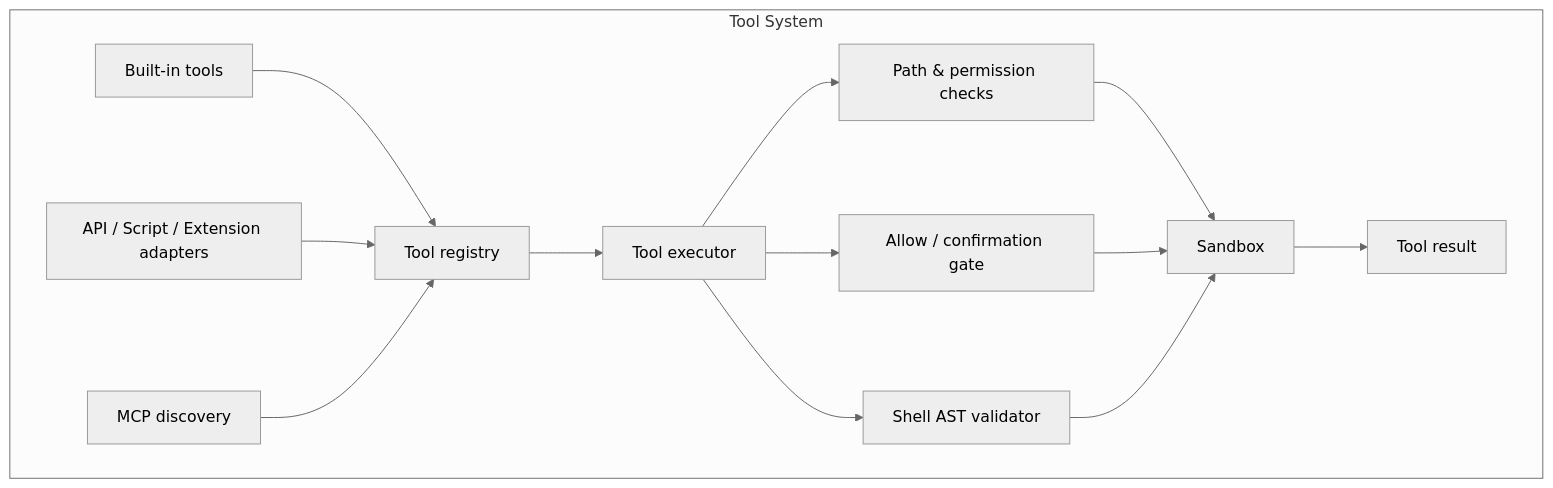
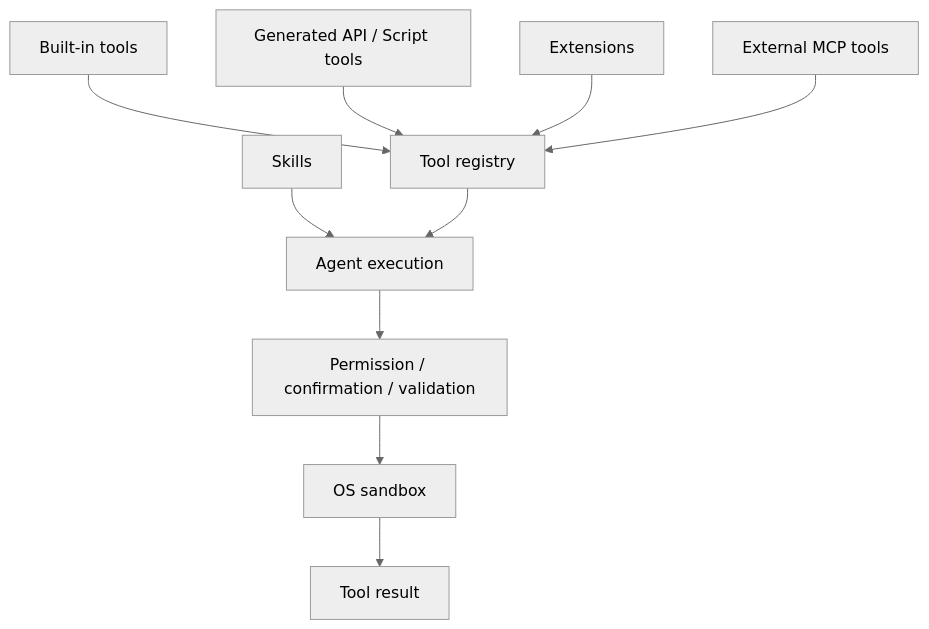
Before and after one commit to agenvoy/Agenvoy: the fourth of 9 diagrams in doc/architecture.md, drawn with Mermaid (neutral theme). The commit also changed other lines of this file and 5 other files, not shown here.

````diff
--- a/doc/architecture.md
+++ b/doc/architecture.md
@@ -117,16 +68,12 @@
 ```mermaid
 graph TB
-    subgraph Tools[Tool System]
-        Builtins[Built-in tools] --> Registry[Tool registry]
-        Adapters[API / Script / Extension adapters] --> Registry
-        MCPDiscovery[MCP discovery] --> Registry
-        Registry --> Executor[Tool executor]
-        Executor --> Paths[Path & permission checks]
-        Executor --> Allow[Allow / confirmation gate]
-        Executor --> Shell[Shell AST validator]
-        Paths --> Sandbox[Sandbox]
-        Allow --> Sandbox
-        Shell --> Sandbox
-        Sandbox --> Result[Tool result]
-    end
+    Builtin[Built-in tools] --> Registry[Tool registry]
+    Generated[Generated API / Script tools] --> Registry
+    Extension[Extensions] --> Registry
+    Remote[External MCP tools] --> Registry
+    Skill[Skills] --> Agent[Agent execution]
+    Registry --> Agent
+    Agent --> Check[Permission / confirmation / validation]
+    Check --> Sandbox[OS sandbox]
+    Sandbox --> Result[Tool result]
 ```
````
